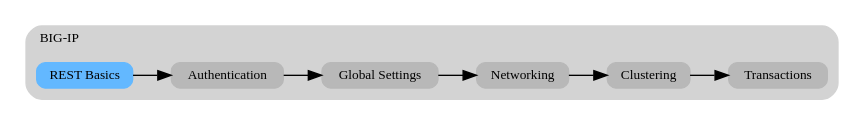
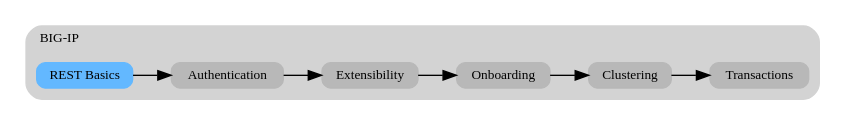
The diagram in docs/class1/module1/lab1.rst (f5devcentral/f5-automation-labs), drawn with Graphviz before and after one commit. The commit also changed 36 other files, not shown here.

```diff
--- a/docs/class1/module1/lab1.rst
+++ b/docs/class1/module1/lab1.rst
@@ -4,23 +4,22 @@
 .. graphviz::
 
    digraph breadcrumb {
       rankdir="LR"
       ranksep=.4
       node [fontsize=10,style="rounded,filled",shape=box,color=gray72,margin="0.05,0.05",height=0.1]
       fontsize = 10
       labeljust="l"
       subgraph cluster_provider {
          style = "rounded,filled"
          color = lightgrey
          height = .75
          label = "BIG-IP"
          basics [label="REST Basics",color="steelblue1"]
          authentication [label="Authentication"]
-         globalsettings [label="Global Settings"]
-         networking [label="Networking"]
+         extensibility [label="Extensibility"]
+         onboarding [label="Onboarding"]
          clustering [label="Clustering"]
          transactions [label="Transactions"]
-         basics -> authentication -> globalsettings -> networking -> clustering -> transactions
-
+         basics -> authentication -> extensibility -> onboarding -> clustering -> transactions
       }
    }
```
